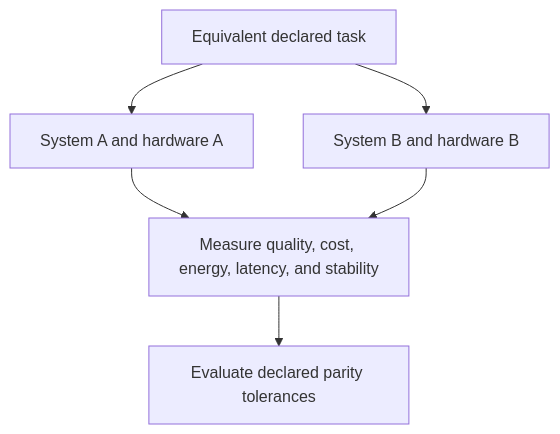
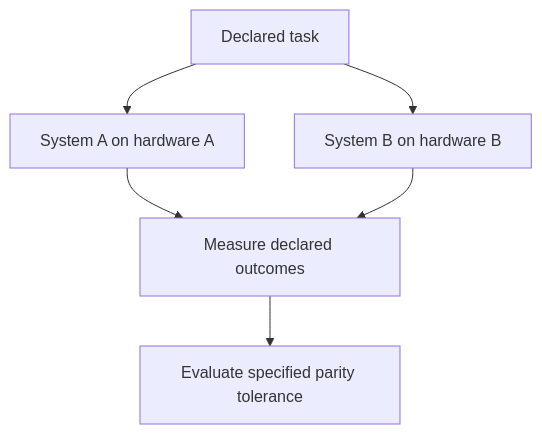
One commit to RobbieRazor/robbies-razor-benchmarks changed the diagram in governance/INFERENCE_PARITY_NOTE.md. Above: the diagram before and after it, drawn with Mermaid. The commit also changed other lines of this file, not shown here.

First line of the commit message:
Revise Inference Parity Note for clarity and completeness (#615)

````diff
--- a/governance/INFERENCE_PARITY_NOTE.md
+++ b/governance/INFERENCE_PARITY_NOTE.md
@@ -178,8 +491,8 @@
 ```mermaid
 flowchart TD
-    A[Equivalent declared task] --> B[System A and hardware A]
-    A --> C[System B and hardware B]
-    B --> D[Measure quality, cost, energy, latency, and stability]
+    A[Declared task] --> B[System A on hardware A]
+    A --> C[System B on hardware B]
+    B --> D[Measure declared outcomes]
     C --> D
-    D --> E[Evaluate declared parity tolerances]
+    D --> E[Evaluate specified parity tolerance]
 ```
````
